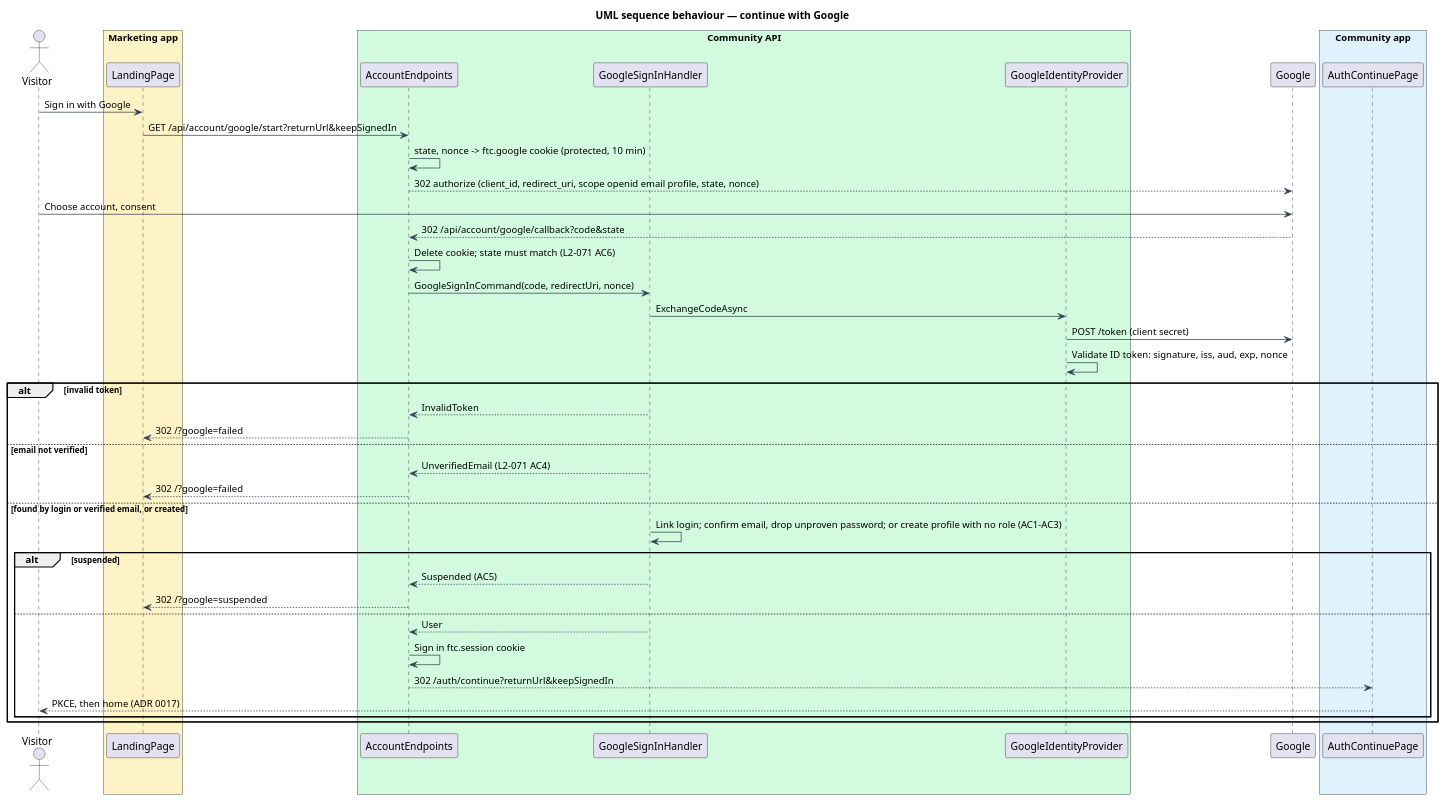
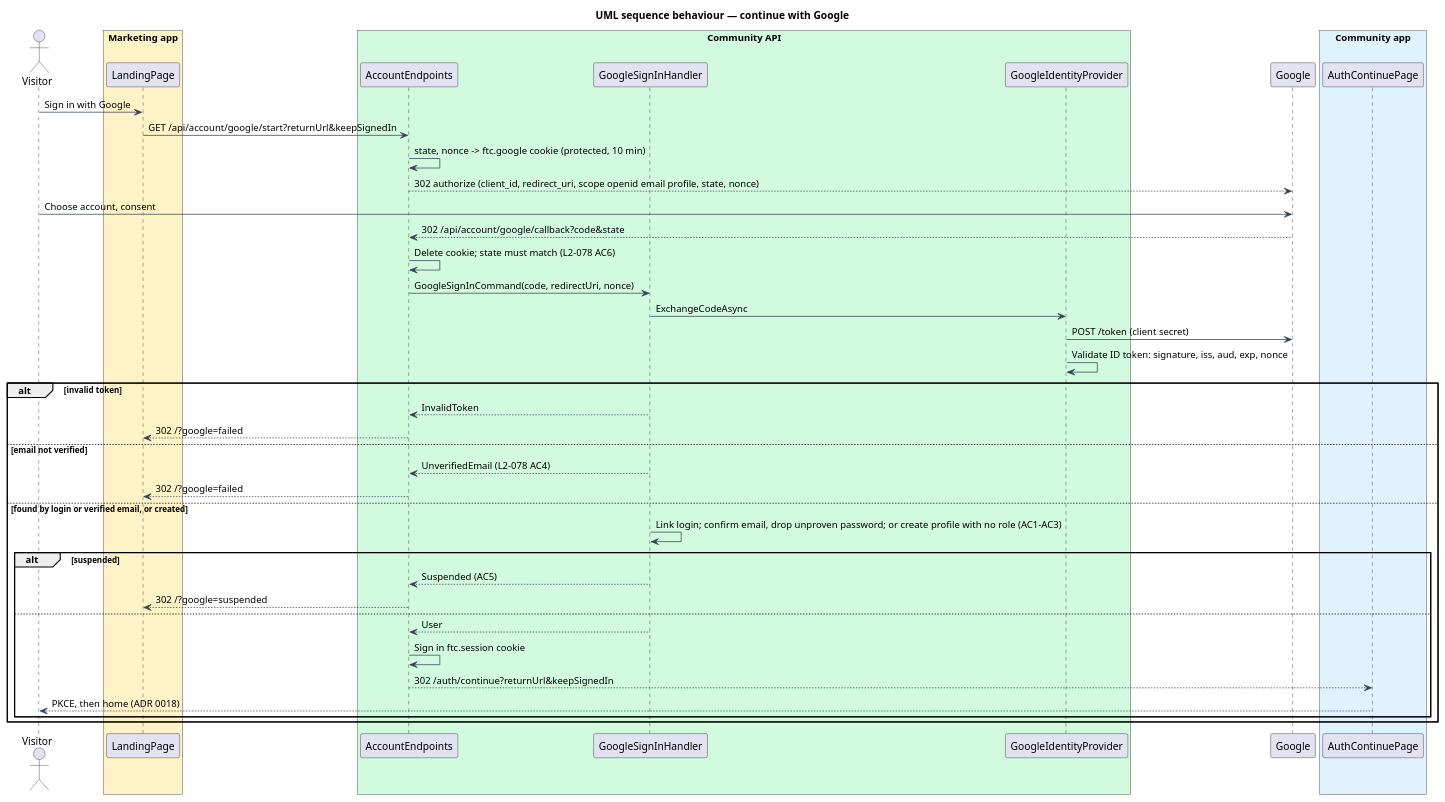
The diagram in docs/detailed-designs/identity/google-sign-in/diagrams/sequence-google-sign-in.puml (QuinntyneBrown/faithtech-community), drawn with PlantUML before and after one commit. The commit also changed 72 other files, not shown here.

```diff
--- a/docs/detailed-designs/identity/google-sign-in/diagrams/sequence-google-sign-in.puml
+++ b/docs/detailed-designs/identity/google-sign-in/diagrams/sequence-google-sign-in.puml
@@ -1,49 +1,49 @@
 @startuml
 title UML sequence behaviour — continue with Google
 skinparam backgroundColor #FFFFFF
 skinparam shadowing false
 skinparam defaultFontName Arial
 skinparam ArrowColor #344054
 actor "Visitor" as actor
 box "Marketing app" #FEF3C7
   participant "LandingPage" as page
 end box
 box "Community API" #D1FADF
   participant "AccountEndpoints" as ep
   participant "GoogleSignInHandler" as h
   participant "GoogleIdentityProvider" as prov
 end box
 participant "Google" as google
 box "Community app" #E0F2FE
   participant "AuthContinuePage" as cont
 end box
 actor -> page : Sign in with Google
 page -> ep : GET /api/account/google/start?returnUrl&keepSignedIn
 ep -> ep : state, nonce -> ftc.google cookie (protected, 10 min)
 ep --> google : 302 authorize (client_id, redirect_uri, scope openid email profile, state, nonce)
 actor -> google : Choose account, consent
 google --> ep : 302 /api/account/google/callback?code&state
-ep -> ep : Delete cookie; state must match (L2-071 AC6)
+ep -> ep : Delete cookie; state must match (L2-078 AC6)
 ep -> h : GoogleSignInCommand(code, redirectUri, nonce)
 h -> prov : ExchangeCodeAsync
 prov -> google : POST /token (client secret)
 prov -> prov : Validate ID token: signature, iss, aud, exp, nonce
 alt invalid token
   h --> ep : InvalidToken
   ep --> page : 302 /?google=failed
 else email not verified
-  h --> ep : UnverifiedEmail (L2-071 AC4)
+  h --> ep : UnverifiedEmail (L2-078 AC4)
   ep --> page : 302 /?google=failed
 else found by login or verified email, or created
   h -> h : Link login; confirm email, drop unproven password; or create profile with no role (AC1-AC3)
   alt suspended
     h --> ep : Suspended (AC5)
     ep --> page : 302 /?google=suspended
   else
     h --> ep : User
     ep -> ep : Sign in ftc.session cookie
     ep --> cont : 302 /auth/continue?returnUrl&keepSignedIn
-    cont --> actor : PKCE, then home (ADR 0017)
+    cont --> actor : PKCE, then home (ADR 0018)
   end
 end
 @enduml
```
